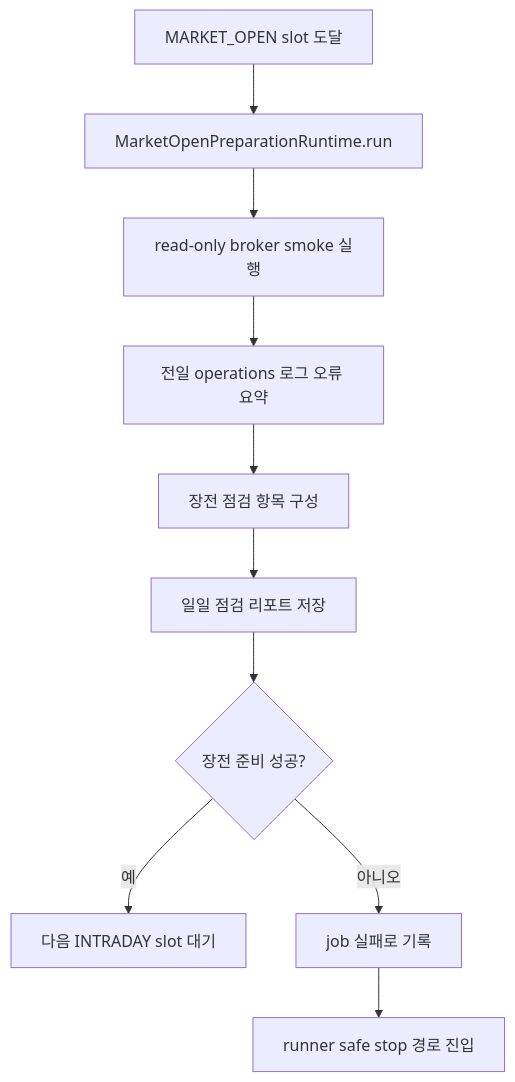
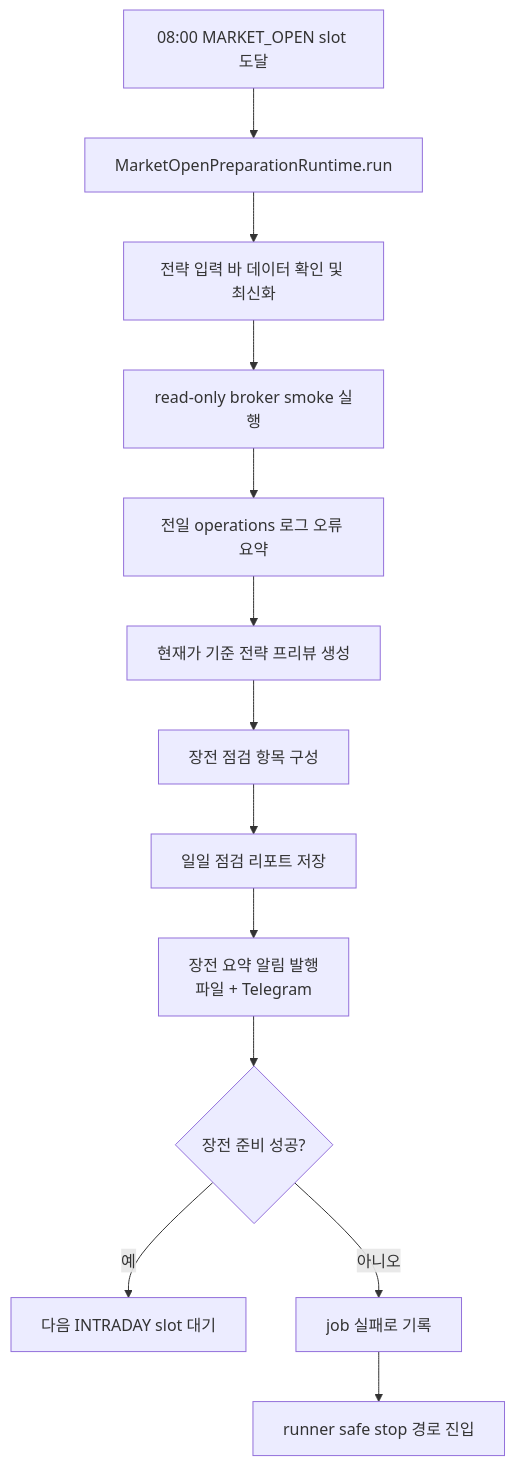
Before and after one commit to MQ813/AutoTrade: the fourth of 7 diagrams in docs/cli_run_continuous_flow.md, drawn with Mermaid. The commit also changed 13 other files, not shown here.

Commit message:
Improve market open prep and runner recovery

````diff
--- a/docs/cli_run_continuous_flow.md
+++ b/docs/cli_run_continuous_flow.md
@@ -68,12 +68,15 @@
 ```mermaid
 flowchart TD
-    A[MARKET_OPEN slot 도달] --> B[MarketOpenPreparationRuntime.run]
-    B --> C[read-only broker smoke 실행]
-    C --> D[전일 operations 로그 오류 요약]
-    D --> E[장전 점검 항목 구성]
-    E --> F[일일 점검 리포트 저장]
-    F --> G{장전 준비 성공?}
-    G -->|예| H[다음 INTRADAY slot 대기]
-    G -->|아니오| I[job 실패로 기록]
-    I --> J[runner safe stop 경로 진입]
+    A[08:00 MARKET_OPEN slot 도달] --> B[MarketOpenPreparationRuntime.run]
+    B --> C[전략 입력 바 데이터 확인 및 최신화]
+    C --> D[read-only broker smoke 실행]
+    D --> E[전일 operations 로그 오류 요약]
+    E --> F[현재가 기준 전략 프리뷰 생성]
+    F --> G[장전 점검 항목 구성]
+    G --> H[일일 점검 리포트 저장]
+    H --> I[장전 요약 알림 발행<br/>파일 + Telegram]
+    I --> J{장전 준비 성공?}
+    J -->|예| K[다음 INTRADAY slot 대기]
+    J -->|아니오| L[job 실패로 기록]
+    L --> M[runner safe stop 경로 진입]
 ```
````
